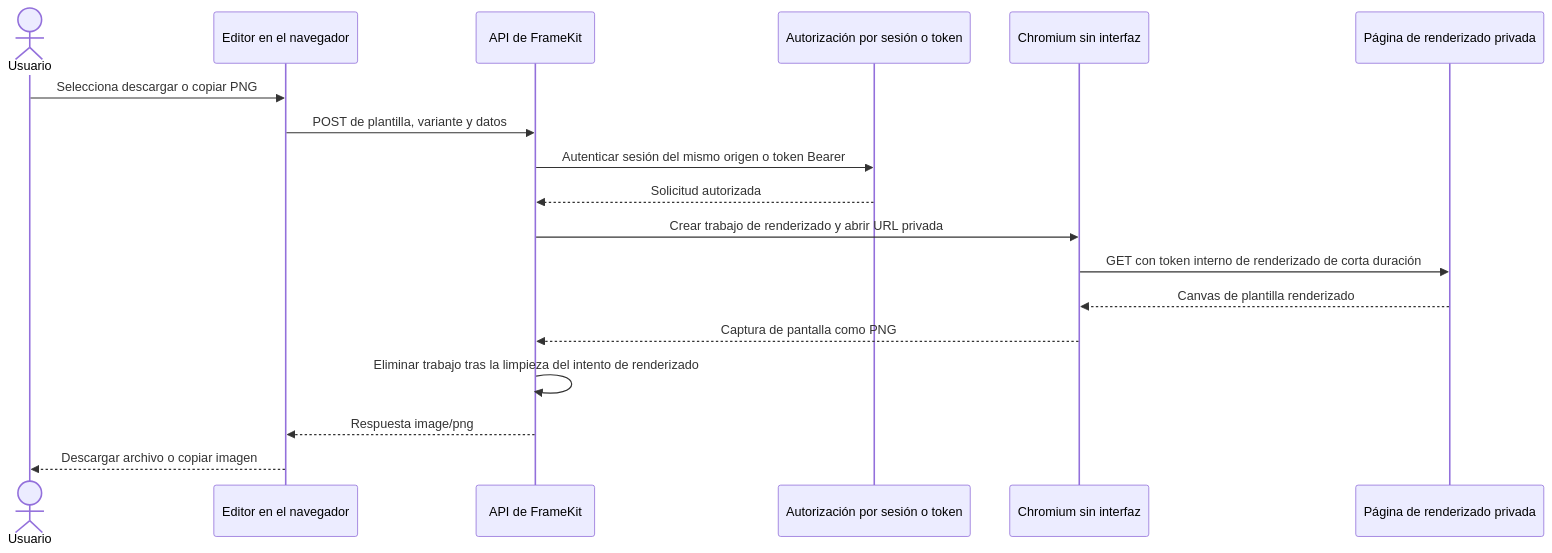
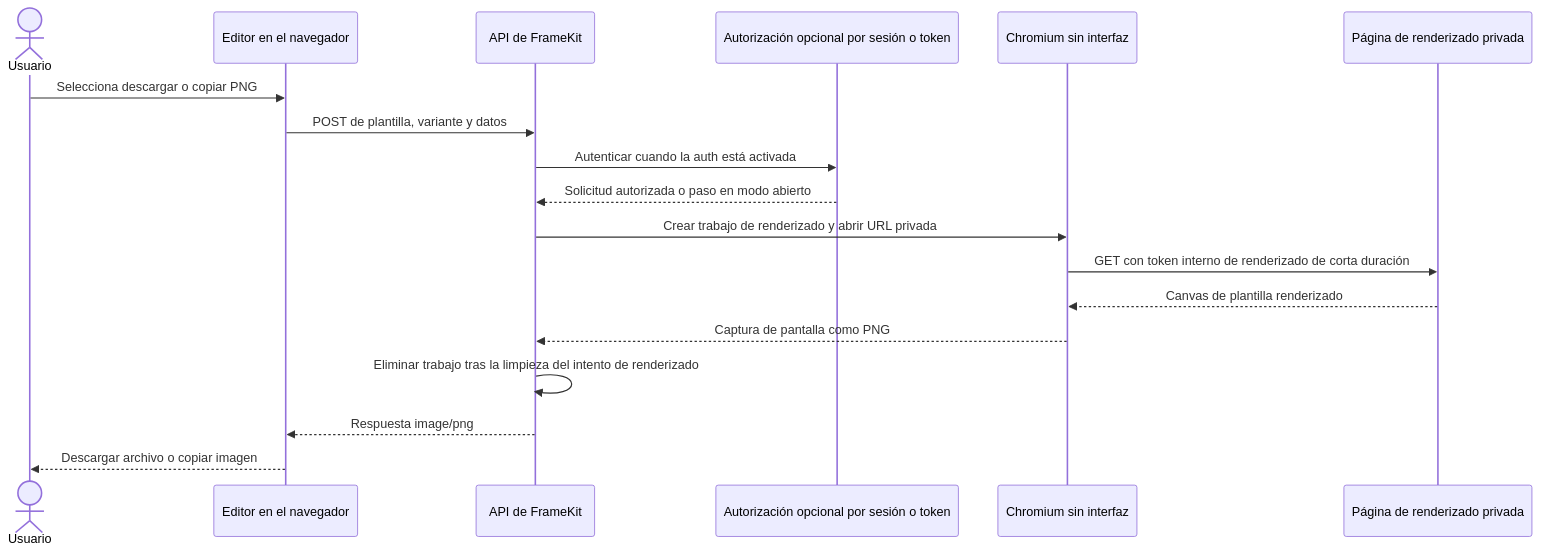
One commit to MauricioDMO/FrameKit changed the diagram in apps/docs/src/content/docs/es/contributors/architecture/studio-and-editor.md. Above: the diagram before and after it, drawn with Mermaid. The commit also changed other lines of this file and 232 other files, not shown here.

````diff
--- a/apps/docs/src/content/docs/es/contributors/architecture/studio-and-editor.md
+++ b/apps/docs/src/content/docs/es/contributors/architecture/studio-and-editor.md
@@ -37,21 +42,21 @@
 ```mermaid
 sequenceDiagram
   actor Usuario
   participant Editor as Editor en el navegador
   participant API as API de FrameKit
-  participant Access as Autorización por sesión o token
+  participant Access as Autorización opcional por sesión o token
   participant Chromium as Chromium sin interfaz
   participant RenderPage as Página de renderizado privada
 
   Usuario->>Editor: Selecciona descargar o copiar PNG
   Editor->>API: POST de plantilla, variante y datos
-  API->>Access: Autenticar sesión del mismo origen o token Bearer
-  Access-->>API: Solicitud autorizada
+  API->>Access: Autenticar cuando la auth está activada
+  Access-->>API: Solicitud autorizada o paso en modo abierto
   API->>Chromium: Crear trabajo de renderizado y abrir URL privada
   Chromium->>RenderPage: GET con token interno de renderizado de corta duración
   RenderPage-->>Chromium: Canvas de plantilla renderizado
   Chromium-->>API: Captura de pantalla como PNG
   API->>API: Eliminar trabajo tras la limpieza del intento de renderizado
   API-->>Editor: Respuesta image/png
   Editor-->>Usuario: Descargar archivo o copiar imagen
 ```
````
